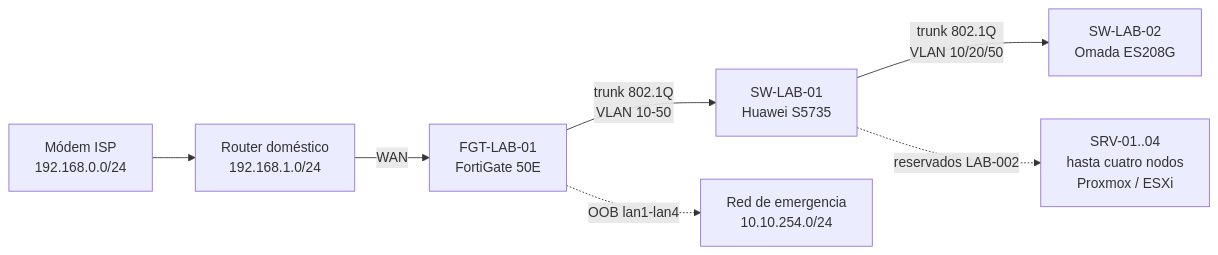
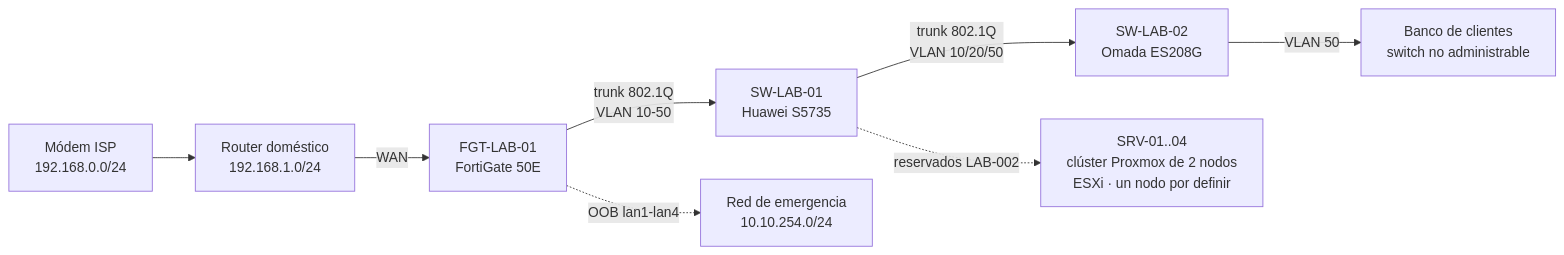
The diagram in README.md (Alce1551/EICL-HOMELAB), drawn with Mermaid before and after one commit. The commit also changed 6 other files, not shown here.

Commit message:
docs: agrega banco de clientes y roles de los nodos

````diff
--- a/README.md
+++ b/README.md
@@ -27,9 +27,10 @@
 ```mermaid
 flowchart LR
     ISP[Módem ISP<br/>192.168.0.0/24] --> ARC[Router doméstico<br/>192.168.1.0/24]
     ARC -->|WAN| FGT[FGT-LAB-01<br/>FortiGate 50E]
     FGT -->|trunk 802.1Q<br/>VLAN 10-50| SW1[SW-LAB-01<br/>Huawei S5735]
     SW1 -->|trunk 802.1Q<br/>VLAN 10/20/50| SW2[SW-LAB-02<br/>Omada ES208G]
-    SW1 -.->|reservados LAB-002| SRV[SRV-01..04<br/>hasta cuatro nodos<br/>Proxmox / ESXi]
+    SW2 -->|VLAN 50| BAN[Banco de clientes<br/>switch no administrable]
+    SW1 -.->|reservados LAB-002| SRV[SRV-01..04<br/>clúster Proxmox de 2 nodos<br/>ESXi · un nodo por definir]
     FGT -.->|OOB lan1-lan4| OOB[Red de emergencia<br/>10.10.254.0/24]
 ```
````
